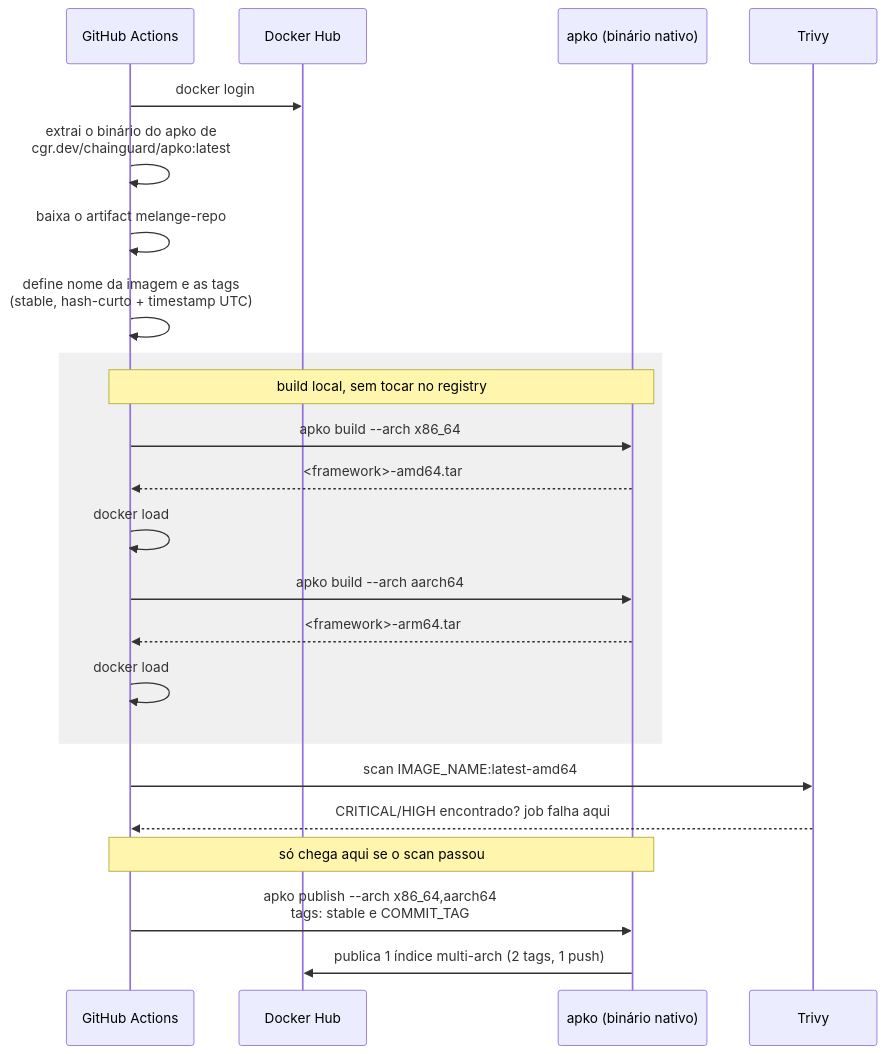
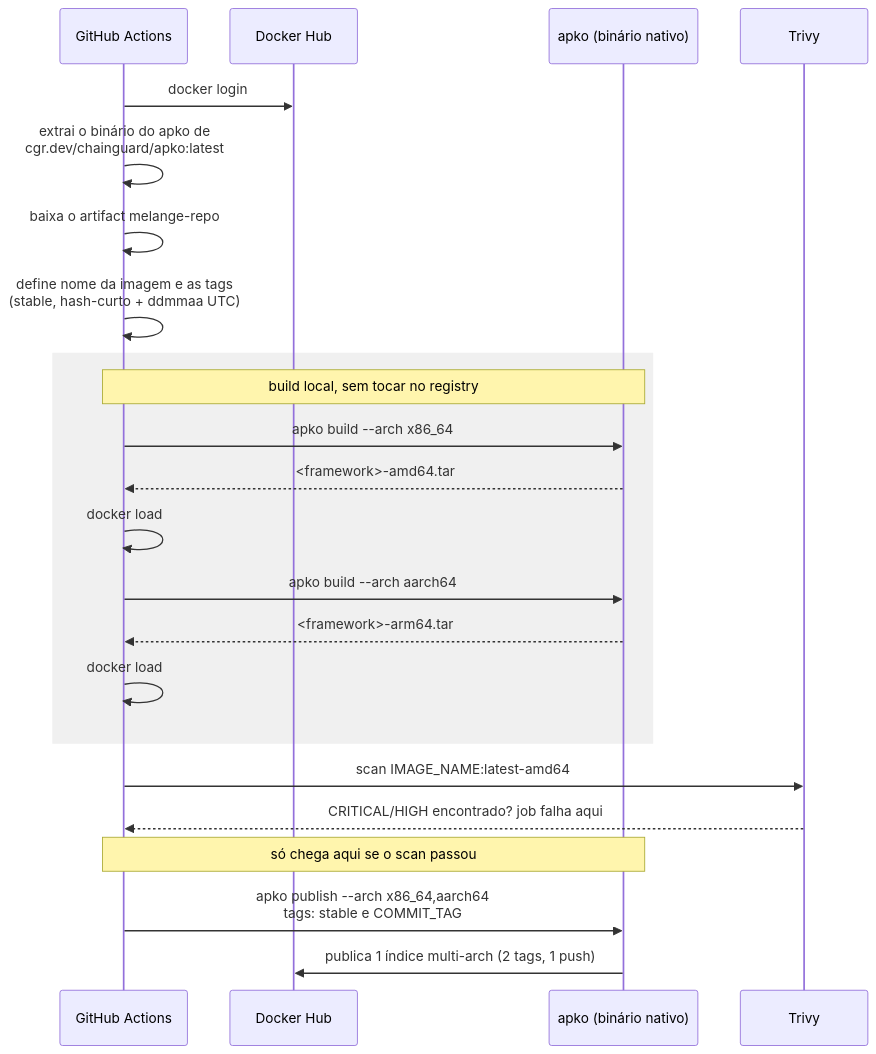
One commit to gersontpc/image-base changed the fourth of 4 diagrams in README.md. Above: the diagram before and after it, drawn with Mermaid. The commit also changed 1 other file, not shown here.

Commit message:
chore: push images cache

````diff
--- a/README.md
+++ b/README.md
@@ -113,29 +113,29 @@
 ```mermaid
 sequenceDiagram
     participant CI as GitHub Actions
     participant DH as Docker Hub
     participant APKO as apko (binário nativo)
     participant TRIVY as Trivy
 
     CI->>DH: docker login
     CI->>CI: extrai o binário do apko de<br/>cgr.dev/chainguard/apko:latest
     CI->>CI: baixa o artifact melange-repo
-    CI->>CI: define nome da imagem e as tags<br/>(stable, hash-curto + timestamp UTC)
+    CI->>CI: define nome da imagem e as tags<br/>(stable, hash-curto + ddmmaa UTC)
 
     rect rgb(240, 240, 240)
         note over CI,APKO: build local, sem tocar no registry
         CI->>APKO: apko build --arch x86_64
         APKO-->>CI: <framework>-amd64.tar
         CI->>CI: docker load
         CI->>APKO: apko build --arch aarch64
         APKO-->>CI: <framework>-arm64.tar
         CI->>CI: docker load
     end
 
     CI->>TRIVY: scan IMAGE_NAME:latest-amd64
     TRIVY-->>CI: CRITICAL/HIGH encontrado? job falha aqui
 
     note over CI,APKO: só chega aqui se o scan passou
     CI->>APKO: apko publish --arch x86_64,aarch64<br/>tags: stable e COMMIT_TAG
     APKO->>DH: publica 1 índice multi-arch (2 tags, 1 push)
 ```
````
